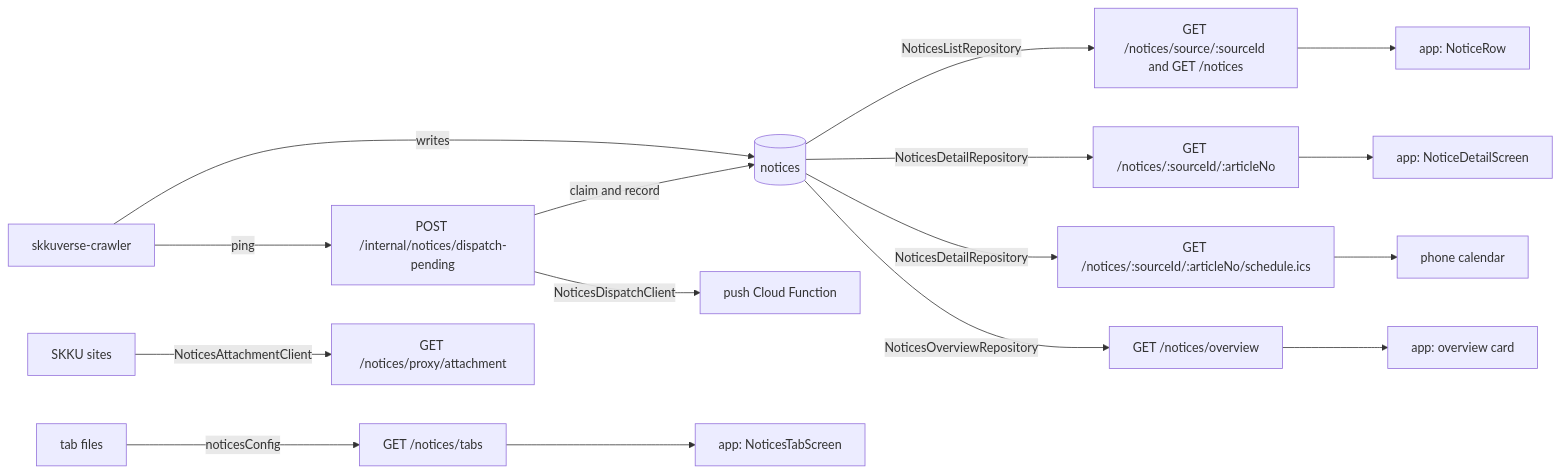
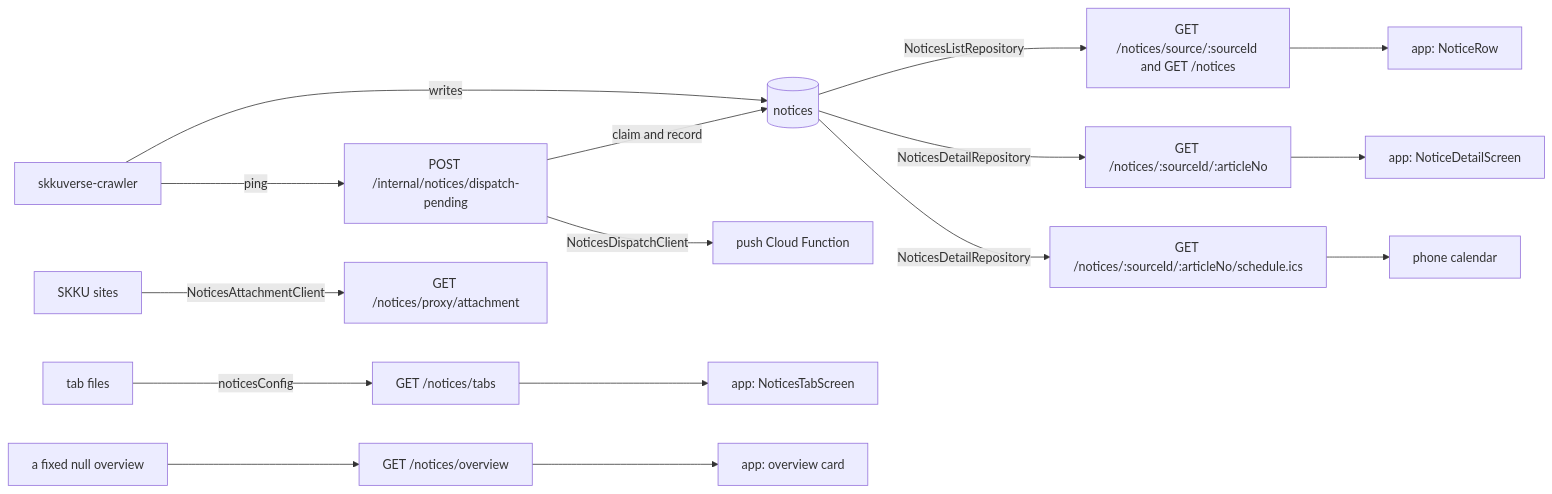
One commit to spencer0124/skkuverse-server changed the diagram in docs/explanation/notices-architecture.md. Above: the diagram before and after it, drawn with Mermaid. The commit also changed other lines of this file and 44 other files, not shown here.

First line of the commit message:
feat(notices): answer the overview with a fixed stub and drop its machinery

````diff
--- a/docs/explanation/notices-architecture.md
+++ b/docs/explanation/notices-architecture.md
@@ -63,18 +60,18 @@
 ```mermaid
 flowchart LR
   crawler["skkuverse-crawler"] -->|writes| coll[("notices")]
   coll -->|NoticesListRepository| list["GET /notices/source/:sourceId and GET /notices"]
   coll -->|NoticesDetailRepository| detail["GET /notices/:sourceId/:articleNo"]
   coll -->|NoticesDetailRepository| ics["GET /notices/:sourceId/:articleNo/schedule.ics"]
   ics --> calendar["phone calendar"]
-  coll -->|NoticesOverviewRepository| overview["GET /notices/overview"]
+  stub["a fixed null overview"] --> overview["GET /notices/overview"]
   files["tab files"] -->|noticesConfig| tabs["GET /notices/tabs"]
   sites["SKKU sites"] -->|NoticesAttachmentClient| proxy["GET /notices/proxy/attachment"]
   crawler -->|ping| ping["POST /internal/notices/dispatch-pending"]
   ping -->|claim and record| coll
   ping -->|NoticesDispatchClient| fcm["push Cloud Function"]
   tabs --> tabScreen["app: NoticesTabScreen"]
   list --> row["app: NoticeRow"]
   detail --> detailScreen["app: NoticeDetailScreen"]
   overview --> card["app: overview card"]
 ```
````
